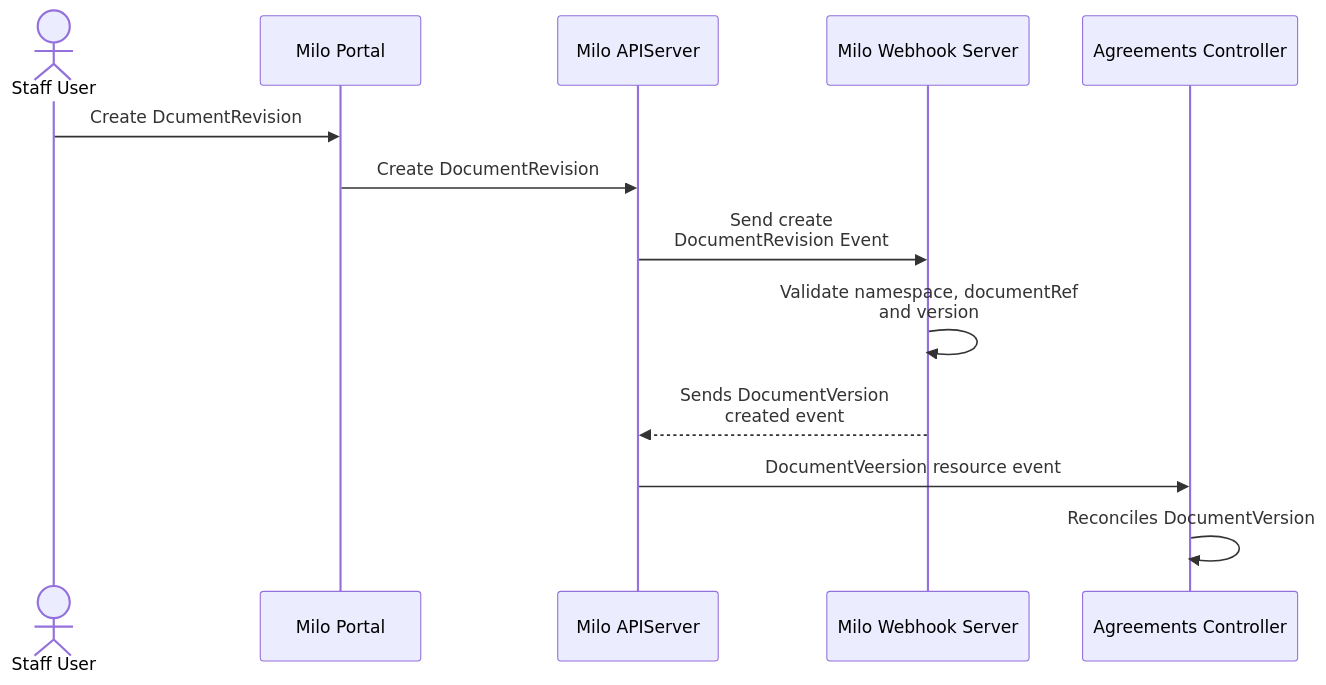
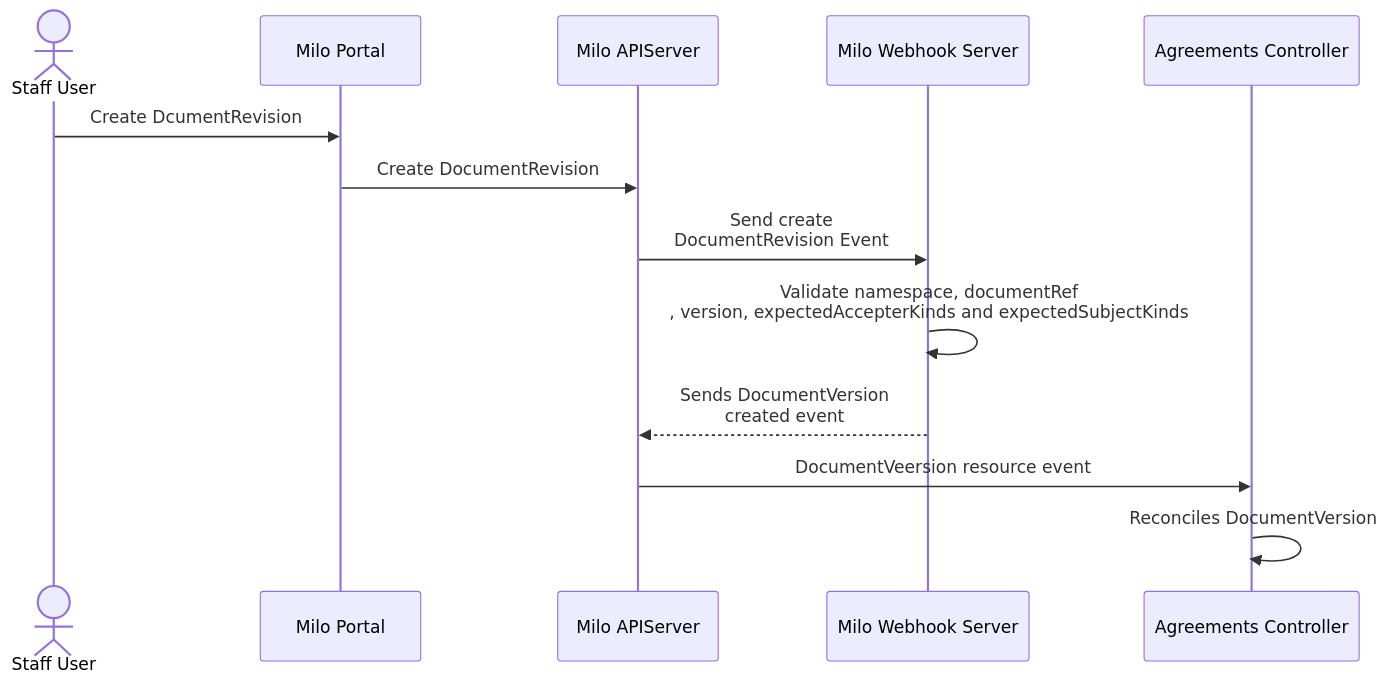
Before and after one commit to datum-cloud/enhancements: the second of 3 diagrams in enhancements/platform/agreement/README.md, drawn with Mermaid. The commit also changed other lines of this file, not shown here.

Commit message:
Enhance README for Agreements System: add expectedSubjectKinds and expectedAccepterKinds fields, clarify their validation purpose in DocumentAcceptance resources, and update sequence diagrams for improved accuracy.

````diff
--- a/enhancements/platform/agreement/README.md
+++ b/enhancements/platform/agreement/README.md
@@ -165,16 +165,16 @@
 ```mermaid
 sequenceDiagram
     actor user as Staff User
     participant portal as Milo Portal
     participant apiserver as Milo APIServer
     participant webhook as Milo Webhook Server
     participant controller as Agreements Controller
 
     user ->> portal: Create DcumentRevision
     portal ->> apiserver: Create DocumentRevision
     apiserver ->> webhook: Send create <br/> DocumentRevision Event
-    webhook ->> webhook: Validate namespace, documentRef <br/> and version
+    webhook ->> webhook: Validate namespace, documentRef <br/>, version, expectedAccepterKinds and expectedSubjectKinds
     webhook -->> apiserver: Sends DocumentVersion <br/> created event
     apiserver ->> controller: DocumentVeersion resource event
     controller ->> controller: Reconciles DocumentVersion
 ```
````
